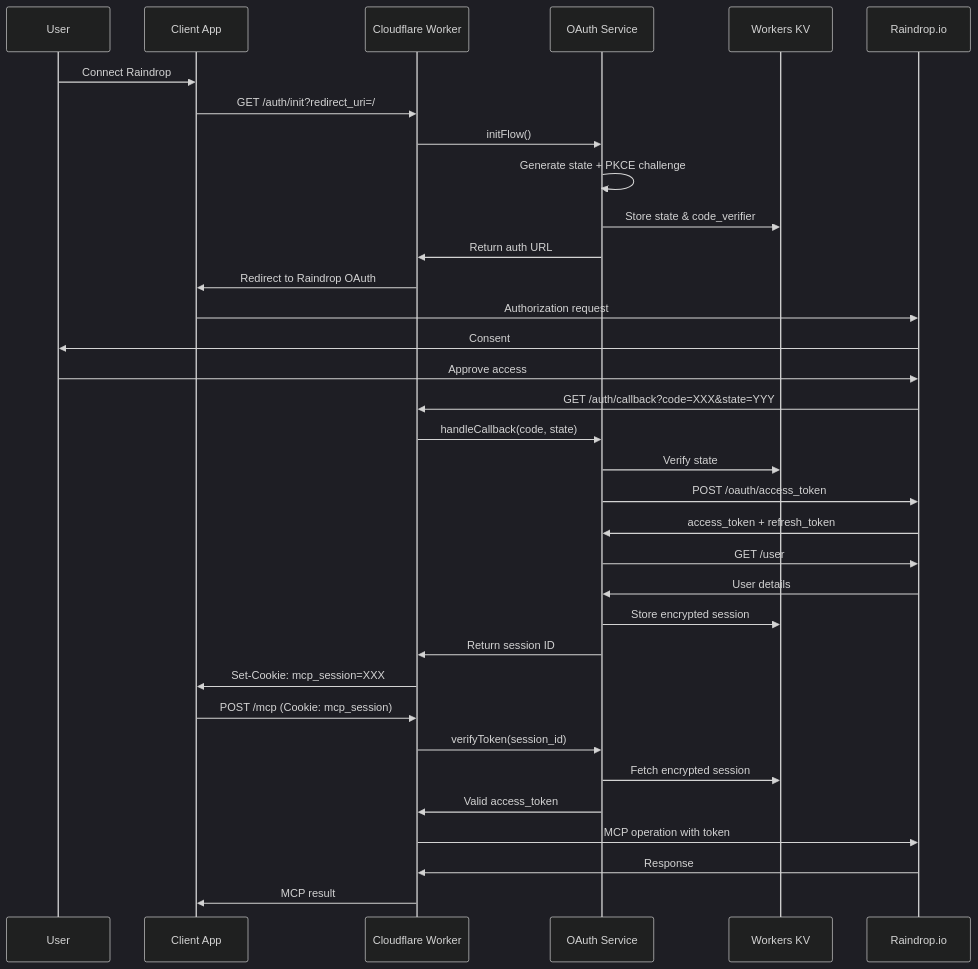
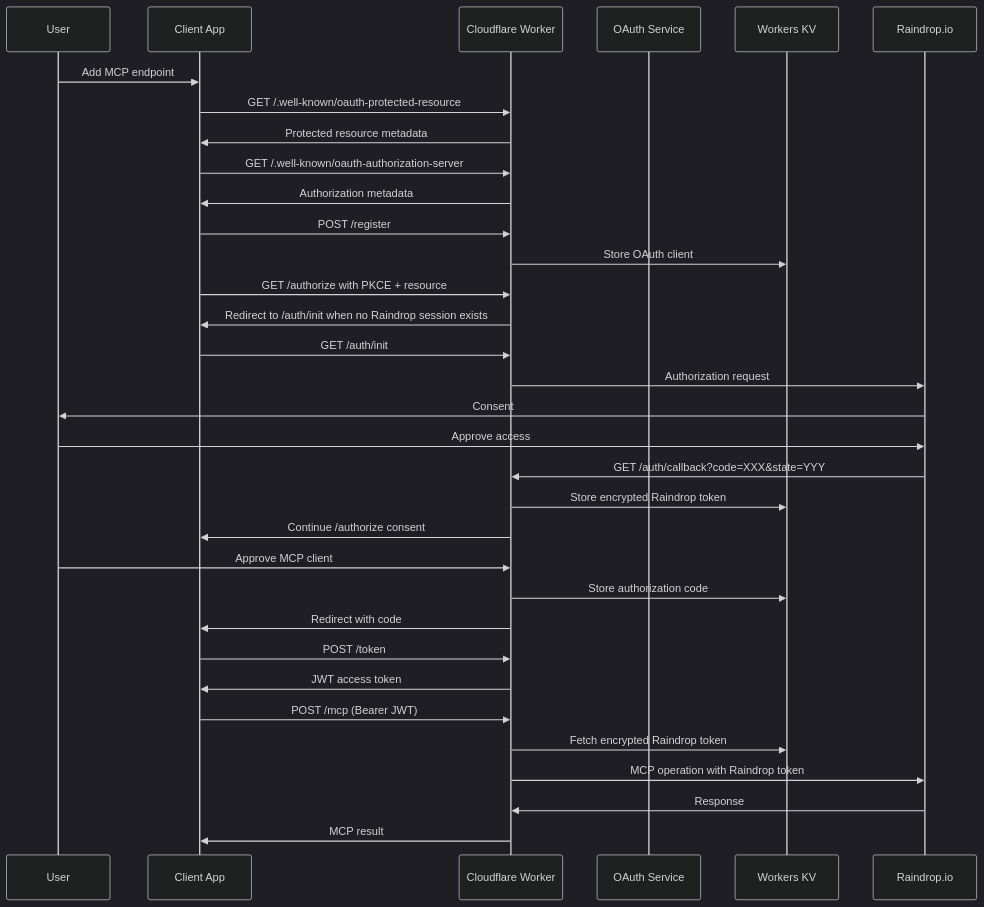
One commit to Aarekaz/raindrop-mcp changed the second of 3 diagrams in README.md. Above: the diagram before and after it, drawn with Mermaid (dark theme). The commit also changed other lines of this file and 4 other files, not shown here.

Commit message:
docs: document mcp client driven oauth flow

````diff
--- a/README.md
+++ b/README.md
@@ -177,37 +204,36 @@
 ```mermaid
 sequenceDiagram
     participant User
     participant Client as Client App
     participant Worker as Cloudflare Worker
     participant OAuth as OAuth Service
     participant KV as Workers KV
     participant Raindrop as Raindrop.io
 
-    User->>Client: Connect Raindrop
-    Client->>Worker: GET /auth/init?redirect_uri=/
-    Worker->>OAuth: initFlow()
-    OAuth->>OAuth: Generate state + PKCE challenge
-    OAuth->>KV: Store state & code_verifier
-    OAuth->>Worker: Return auth URL
-    Worker->>Client: Redirect to Raindrop OAuth
-    Client->>Raindrop: Authorization request
+    User->>Client: Add MCP endpoint
+    Client->>Worker: GET /.well-known/oauth-protected-resource
+    Worker->>Client: Protected resource metadata
+    Client->>Worker: GET /.well-known/oauth-authorization-server
+    Worker->>Client: Authorization metadata
+    Client->>Worker: POST /register
+    Worker->>KV: Store OAuth client
+    Client->>Worker: GET /authorize with PKCE + resource
+    Worker->>Client: Redirect to /auth/init when no Raindrop session exists
+    Client->>Worker: GET /auth/init
+    Worker->>Raindrop: Authorization request
     Raindrop->>User: Consent
     User->>Raindrop: Approve access
     Raindrop->>Worker: GET /auth/callback?code=XXX&state=YYY
-    Worker->>OAuth: handleCallback(code, state)
-    OAuth->>KV: Verify state
-    OAuth->>Raindrop: POST /oauth/access_token
-    Raindrop->>OAuth: access_token + refresh_token
-    OAuth->>Raindrop: GET /user
-    Raindrop->>OAuth: User details
-    OAuth->>KV: Store encrypted session
-    OAuth->>Worker: Return session ID
-    Worker->>Client: Set-Cookie: mcp_session=XXX
-    Client->>Worker: POST /mcp (Cookie: mcp_session)
-    Worker->>OAuth: verifyToken(session_id)
-    OAuth->>KV: Fetch encrypted session
-    OAuth->>Worker: Valid access_token
-    Worker->>Raindrop: MCP operation with token
+    Worker->>KV: Store encrypted Raindrop token
+    Worker->>Client: Continue /authorize consent
+    User->>Worker: Approve MCP client
+    Worker->>KV: Store authorization code
+    Worker->>Client: Redirect with code
+    Client->>Worker: POST /token
+    Worker->>Client: JWT access token
+    Client->>Worker: POST /mcp (Bearer JWT)
+    Worker->>KV: Fetch encrypted Raindrop token
+    Worker->>Raindrop: MCP operation with Raindrop token
     Raindrop->>Worker: Response
     Worker->>Client: MCP result
 ```
````
